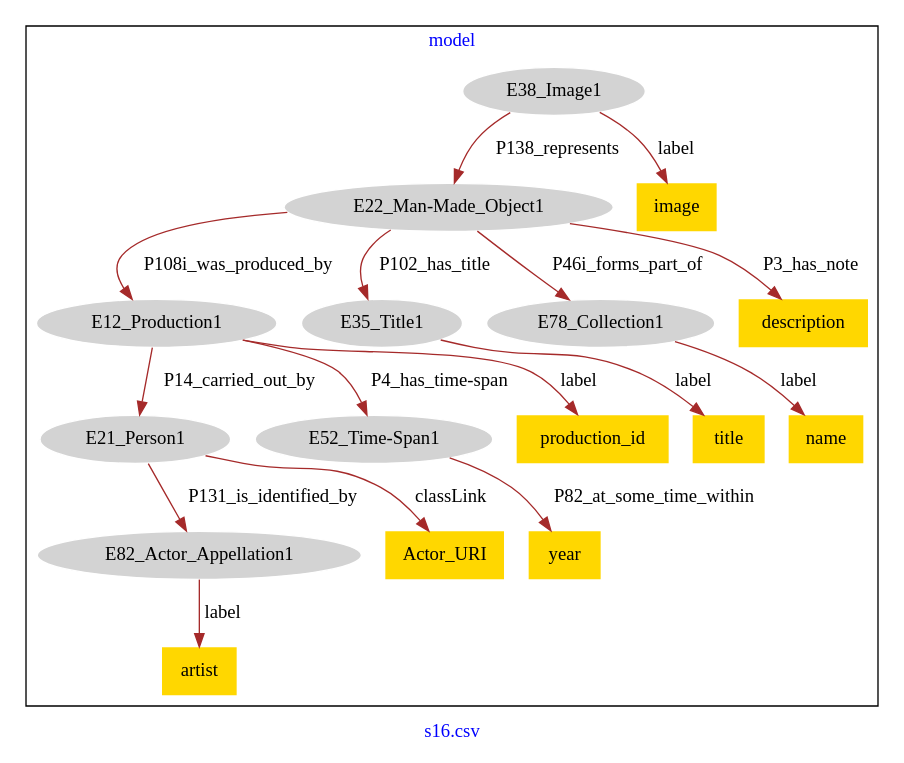
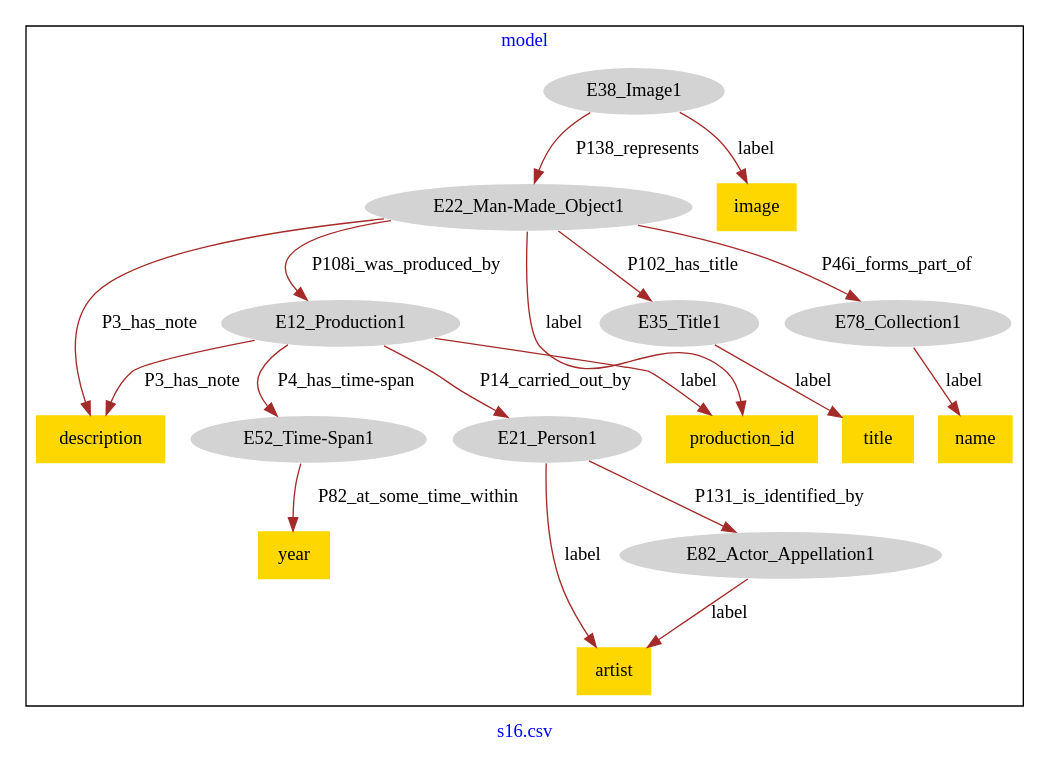
Before and after one commit to Zaiwen/ModelCorrection_Jiakang_XU: the diagram in DataSets/museum-crm/models-graphviz/s16.csv.model.dot, drawn with Graphviz. The commit also changed 67 other files, not shown here.

```diff
--- a/DataSets/museum-crm/models-graphviz/s16.csv.model.dot
+++ b/DataSets/museum-crm/models-graphviz/s16.csv.model.dot
@@ -1,39 +1,40 @@
 digraph n0 {
 fontcolor="blue"
 remincross="true"
 label="s16.csv"
 subgraph cluster {
 label="model"
 n2[style="filled",color="white",fillcolor="lightgray",label="E12_Production1"];
 n3[style="filled",color="white",fillcolor="lightgray",label="E21_Person1"];
 n4[style="filled",color="white",fillcolor="lightgray",label="E52_Time-Span1"];
 n5[style="filled",color="white",fillcolor="lightgray",label="E82_Actor_Appellation1"];
 n6[style="filled",color="white",fillcolor="lightgray",label="E22_Man-Made_Object1"];
 n7[style="filled",color="white",fillcolor="lightgray",label="E35_Title1"];
 n8[style="filled",color="white",fillcolor="lightgray",label="E78_Collection1"];
 n9[style="filled",color="white",fillcolor="lightgray",label="E38_Image1"];
-n10[shape="plaintext",style="filled",fillcolor="gold",label="name"];
-n11[shape="plaintext",style="filled",fillcolor="gold",label="Actor_URI"];
+n10[shape="plaintext",style="filled",fillcolor="gold",label="image"];
+n11[shape="plaintext",style="filled",fillcolor="gold",label="production_id"];
 n12[shape="plaintext",style="filled",fillcolor="gold",label="year"];
 n13[shape="plaintext",style="filled",fillcolor="gold",label="description"];
-n14[shape="plaintext",style="filled",fillcolor="gold",label="artist"];
-n15[shape="plaintext",style="filled",fillcolor="gold",label="title"];
-n16[shape="plaintext",style="filled",fillcolor="gold",label="image"];
-n17[shape="plaintext",style="filled",fillcolor="gold",label="production_id"];
+n14[shape="plaintext",style="filled",fillcolor="gold",label="name"];
+n15[shape="plaintext",style="filled",fillcolor="gold",label="artist"];
+n16[shape="plaintext",style="filled",fillcolor="gold",label="title"];
 }
 n2 -> n3[color="brown",fontcolor="black",label="P14_carried_out_by"]
 n2 -> n4[color="brown",fontcolor="black",label="P4_has_time-span"]
 n3 -> n5[color="brown",fontcolor="black",label="P131_is_identified_by"]
 n6 -> n2[color="brown",fontcolor="black",label="P108i_was_produced_by"]
 n6 -> n7[color="brown",fontcolor="black",label="P102_has_title"]
 n6 -> n8[color="brown",fontcolor="black",label="P46i_forms_part_of"]
 n9 -> n6[color="brown",fontcolor="black",label="P138_represents"]
-n8 -> n10[color="brown",fontcolor="black",label="label"]
-n3 -> n11[color="brown",fontcolor="black",label="classLink"]
+n9 -> n10[color="brown",fontcolor="black",label="label"]
+n6 -> n11[color="brown",fontcolor="black",label="label"]
 n4 -> n12[color="brown",fontcolor="black",label="P82_at_some_time_within"]
+n2 -> n13[color="brown",fontcolor="black",label="P3_has_note"]
+n8 -> n14[color="brown",fontcolor="black",label="label"]
+n3 -> n15[color="brown",fontcolor="black",label="label"]
+n7 -> n16[color="brown",fontcolor="black",label="label"]
+n2 -> n11[color="brown",fontcolor="black",label="label"]
 n6 -> n13[color="brown",fontcolor="black",label="P3_has_note"]
-n5 -> n14[color="brown",fontcolor="black",label="label"]
-n7 -> n15[color="brown",fontcolor="black",label="label"]
-n9 -> n16[color="brown",fontcolor="black",label="label"]
-n2 -> n17[color="brown",fontcolor="black",label="label"]
+n5 -> n15[color="brown",fontcolor="black",label="label"]
 }
```
